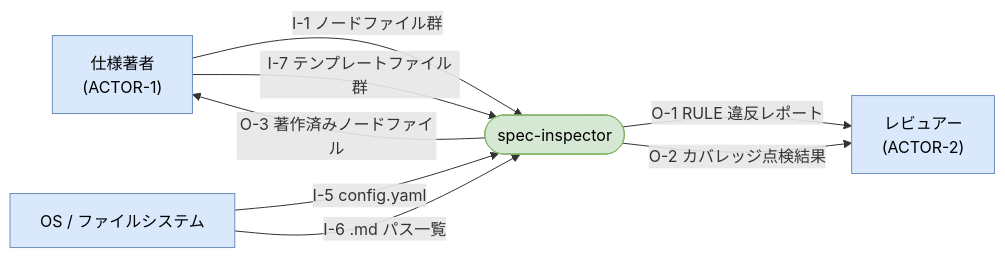
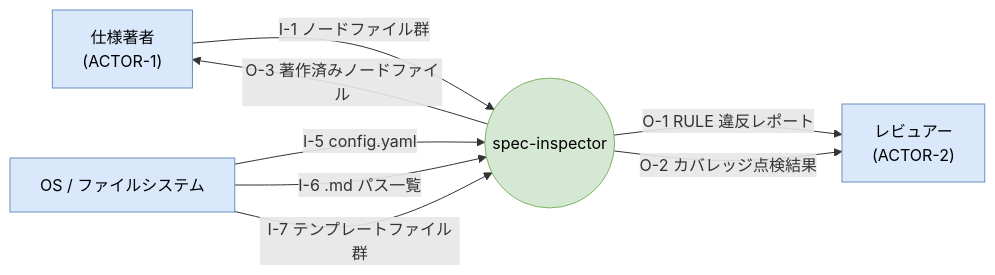
Before and after one commit to hiratashinnya/review-system: the first of 5 diagrams in doc-system/03-analysis/00-dfd.md, drawn with Mermaid. The commit also changed other lines of this file, not shown here.

First line of the commit message:
doc-system: DFD Level 0 修正（SYS 形状・I-7 発生源）

````diff
--- a/doc-system/03-analysis/00-dfd.md
+++ b/doc-system/03-analysis/00-dfd.md
@@ -18,18 +18,18 @@
 ```mermaid
 flowchart LR
   classDef ext fill:#dae8fc,stroke:#6c8ebf,color:#000
   classDef sys fill:#d5e8d4,stroke:#82b366,color:#000
 
   ACTOR1["仕様著者\n(ACTOR-1)"]:::ext
   ACTOR2["レビュアー\n(ACTOR-2)"]:::ext
   FS["OS / ファイルシステム"]:::ext
-  SYS(["spec-inspector"]):::sys
+  SYS(("spec-inspector")):::sys
 
   ACTOR1 -->|"I-1 ノードファイル群"| SYS
-  ACTOR1 -->|"I-7 テンプレートファイル群"| SYS
   FS      -->|"I-5 config.yaml"| SYS
   FS      -->|"I-6 .md パス一覧"| SYS
+  FS      -->|"I-7 テンプレートファイル群"| SYS
   SYS     -->|"O-1 RULE 違反レポート"| ACTOR2
   SYS     -->|"O-2 カバレッジ点検結果"| ACTOR2
   SYS     -->|"O-3 著作済みノードファイル"| ACTOR1
 ```
````
